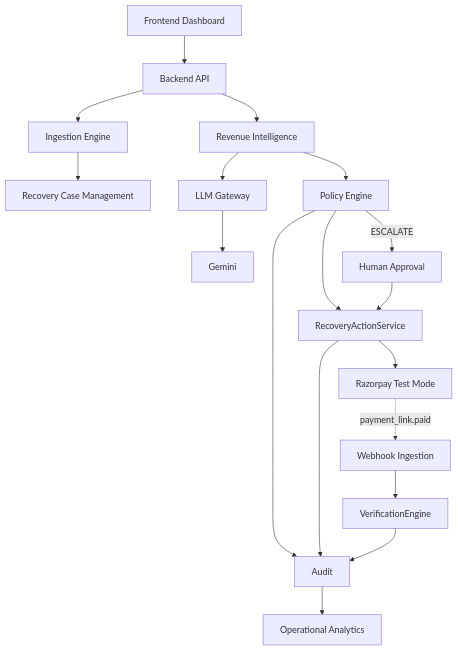
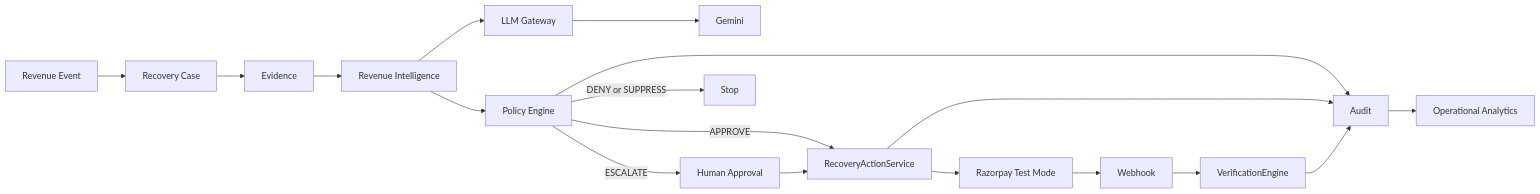
One commit to manas0615/RecoverAI changed the first of 4 diagrams in README.md. Above: the diagram before and after it, drawn with Mermaid. The commit also changed other lines of this file, not shown here.

````diff
--- a/README.md
+++ b/README.md
@@ -69,28 +60,26 @@
 ```mermaid
-flowchart TD
-    UI[Frontend Dashboard] --> API[Backend API]
+flowchart LR
+    EVENT[Revenue Event] --> CASE[Recovery Case]
+    CASE --> EVIDENCE[Evidence]
 
-    API --> ING[Ingestion Engine]
-    ING --> CASES[Recovery Case Management]
+    EVIDENCE --> INTEL[Revenue Intelligence]
+    INTEL --> LLM[LLM Gateway]
+    LLM --> GEMINI[Gemini]
 
-    API --> INT[Revenue Intelligence]
-    INT --> LLM[LLM Gateway]
-    LLM --> GEM[Gemini]
+    INTEL --> POLICY[Policy Engine]
 
-    INT --> POL[Policy Engine]
-    POL --> ACT[RecoveryActionService]
+    POLICY -->|APPROVE| ACTION[RecoveryActionService]
+    POLICY -->|ESCALATE| HUMAN[Human Approval]
+    POLICY -->|DENY or SUPPRESS| STOP[Stop]
 
-    POL -->|ESCALATE| HUMAN[Human Approval]
-    HUMAN --> ACT
+    HUMAN --> ACTION
+    ACTION --> RZ[Razorpay Test Mode]
 
-    ACT --> RZ[Razorpay Test Mode]
+    RZ --> WEBHOOK[Webhook]
+    WEBHOOK --> VERIFY[VerificationEngine]
 
-    RZ -. "payment_link.paid" .-> WEB[Webhook Ingestion]
-    WEB --> VER[VerificationEngine]
-
-    POL --> AUD[Audit]
-    ACT --> AUD
-    VER --> AUD
-
-    AUD --> ANA[Operational Analytics]
+    POLICY --> AUDIT[Audit]
+    ACTION --> AUDIT
+    VERIFY --> AUDIT
+    AUDIT --> ANALYTICS[Operational Analytics]
 ```
````
